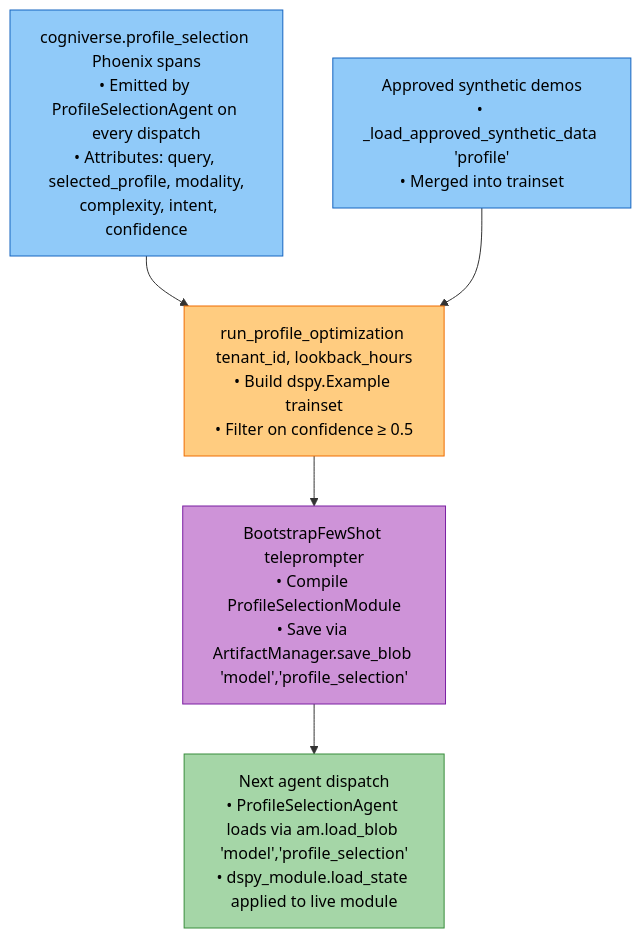
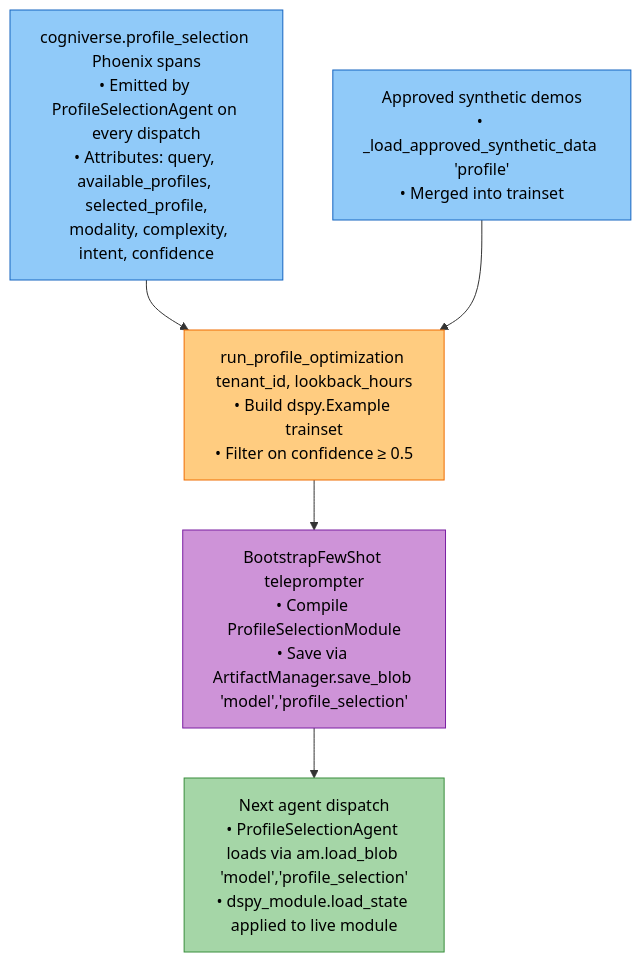
Before and after one commit to amit-jain/cogniverse: the third of 4 diagrams in docs/modules/optimization.md, drawn with Mermaid. The commit also changed other lines of this file and 6 other files, not shown here.

First line of the commit message:
Train profile selection on the candidate pool each span recorded

````diff
--- a/docs/modules/optimization.md
+++ b/docs/modules/optimization.md
@@ -197,18 +197,18 @@
 ```mermaid
 flowchart TB
-    Spans["<span style='color:#000'>cogniverse.profile_selection Phoenix spans<br/>• Emitted by ProfileSelectionAgent on every dispatch<br/>• Attributes: query, selected_profile, modality,<br/>  complexity, intent, confidence</span>"]
+    Spans["<span style='color:#000'>cogniverse.profile_selection Phoenix spans<br/>• Emitted by ProfileSelectionAgent on every dispatch<br/>• Attributes: query, available_profiles, selected_profile,<br/>  modality, complexity, intent, confidence</span>"]
 
     Spans --> RunOpt["<span style='color:#000'>run_profile_optimization tenant_id, lookback_hours<br/>• Build dspy.Example trainset<br/>• Filter on confidence ≥ 0.5</span>"]
 
     Synthetic["<span style='color:#000'>Approved synthetic demos<br/>• _load_approved_synthetic_data 'profile'<br/>• Merged into trainset</span>"] --> RunOpt
 
     RunOpt --> Compile["<span style='color:#000'>BootstrapFewShot teleprompter<br/>• Compile ProfileSelectionModule<br/>• Save via ArtifactManager.save_blob 'model','profile_selection'</span>"]
 
     Compile --> Reload["<span style='color:#000'>Next agent dispatch<br/>• ProfileSelectionAgent loads via am.load_blob 'model','profile_selection'<br/>• dspy_module.load_state applied to live module</span>"]
 
     style Spans fill:#90caf9,stroke:#1565c0,color:#000
     style Synthetic fill:#90caf9,stroke:#1565c0,color:#000
     style RunOpt fill:#ffcc80,stroke:#ef6c00,color:#000
     style Compile fill:#ce93d8,stroke:#7b1fa2,color:#000
     style Reload fill:#a5d6a7,stroke:#388e3c,color:#000
 ```
````
